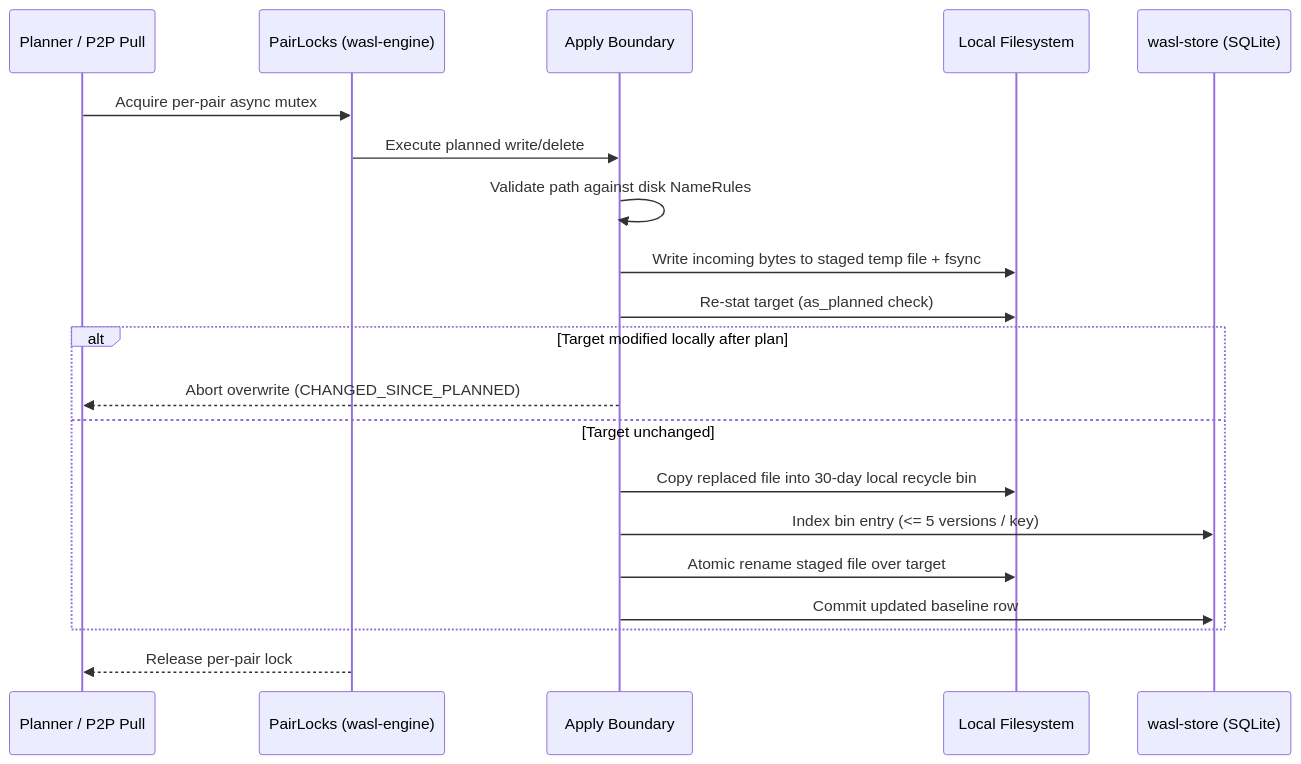
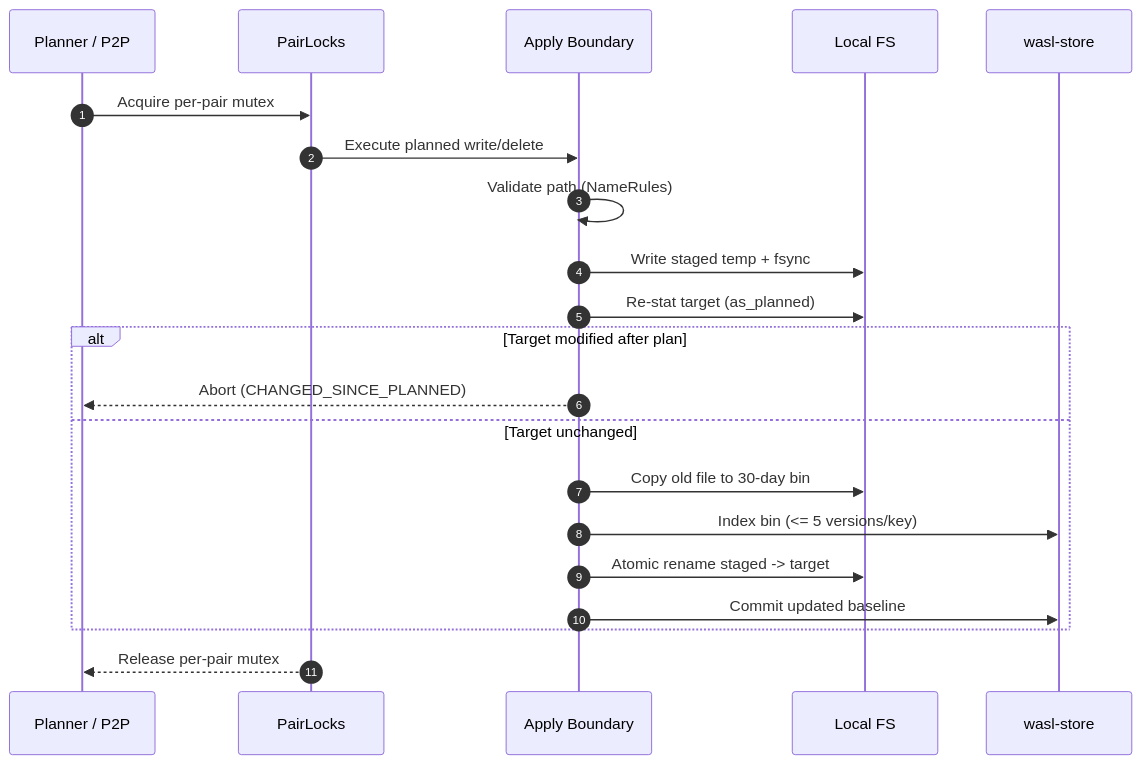
The third of 5 diagrams in README.md (Ahmad-AlModhayan/wasl), drawn with Mermaid before and after one commit. The commit also changed other lines of this file, not shown here.

First line of the commit message:
docs(readme): refine C4 + UML layout, arrow routing, and sequence syntax

````diff
--- a/README.md
+++ b/README.md
@@ -79,23 +91,26 @@
 ```mermaid
 sequenceDiagram
-    participant Plan as Planner / P2P Pull
-    participant Locks as PairLocks (wasl-engine)
+    autonumber
+    participant Plan as Planner / P2P
+    participant Locks as PairLocks
     participant Apply as Apply Boundary
-    participant FS as Local Filesystem
-    participant Store as wasl-store (SQLite)
+    participant FS as Local FS
+    participant Store as wasl-store
 
-    Plan->>Locks: Acquire per-pair async mutex
+    Plan->>Locks: Acquire per-pair mutex
     Locks->>Apply: Execute planned write/delete
-    Apply->>Apply: Validate path against disk NameRules
-    Apply->>FS: Write incoming bytes to staged temp file + fsync
-    Apply->>FS: Re-stat target (as_planned check)
-    alt Target modified locally after plan
-        Apply-->>Plan: Abort overwrite (CHANGED_SINCE_PLANNED)
+    Apply->>Apply: Validate path (NameRules)
+    Apply->>FS: Write staged temp + fsync
+    Apply->>FS: Re-stat target (as_planned)
+
+    alt Target modified after plan
+        Apply-->>Plan: Abort (CHANGED_SINCE_PLANNED)
     else Target unchanged
-        Apply->>FS: Copy replaced file into 30-day local recycle bin
-        Apply->>Store: Index bin entry (<= 5 versions / key)
-        Apply->>FS: Atomic rename staged file over target
-        Apply->>Store: Commit updated baseline row
+        Apply->>FS: Copy old file to 30-day bin
+        Apply->>Store: Index bin (<= 5 versions/key)
+        Apply->>FS: Atomic rename staged -> target
+        Apply->>Store: Commit updated baseline
     end
-    Locks-->>Plan: Release per-pair lock
+
+    Locks-->>Plan: Release per-pair mutex
 ```
````
